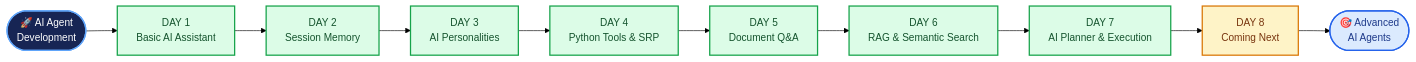
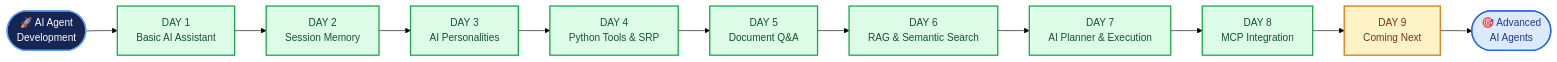
One commit to mdaamir6870/ai-agent-development changed the diagram in README.md. Above: the diagram before and after it, drawn with Mermaid (forest theme). The commit also changed other lines of this file and 5 other files, not shown here.

Commit message:
Add Day 8 MCP integration

````diff
--- a/README.md
+++ b/README.md
@@ -131,33 +156,35 @@
 ```mermaid
 flowchart LR
     START(["🚀 AI Agent<br/>Development"])
     D1["DAY 1<br/>Basic AI Assistant"]
     D2["DAY 2<br/>Session Memory"]
     D3["DAY 3<br/>AI Personalities"]
     D4["DAY 4<br/>Python Tools & SRP"]
     D5["DAY 5<br/>Document Q&A"]
     D6["DAY 6<br/>RAG & Semantic Search"]
     D7["DAY 7<br/>AI Planner & Execution"]
-    NEXT["DAY 8<br/>Coming Next"]
+    D8["DAY 8<br/>MCP Integration"]
+    NEXT["DAY 9<br/>Coming Next"]
     GOAL(["🎯 Advanced<br/>AI Agents"])
 
-    START --> D1 --> D2 --> D3 --> D4 --> D5 --> D6 --> D7 --> NEXT --> GOAL
+    START --> D1 --> D2 --> D3 --> D4 --> D5 --> D6 --> D7 --> D8 --> NEXT --> GOAL
 
     click D1 "./Day-1/README.md" "Explore Day 1"
     click D2 "./Day-2/README.md" "Explore Day 2"
     click D3 "./Day-3/README.md" "Explore Day 3"
     click D4 "./Day-4/README.md" "Explore Day 4"
     click D5 "./Day-5/README.md" "Explore Day 5"
     click D6 "./Day-6/README.md" "Explore Day 6"
     click D7 "./Day-7/README.md" "Explore Day 7"
+    click D8 "./Day-8/README.md" "Explore Day 8"
 
     classDef start fill:#172554,stroke:#60a5fa,color:#ffffff,stroke-width:2px
     classDef completed fill:#dcfce7,stroke:#16a34a,color:#14532d,stroke-width:2px
     classDef upcoming fill:#fef3c7,stroke:#d97706,color:#78350f,stroke-width:2px
     classDef future fill:#dbeafe,stroke:#2563eb,color:#1e3a8a,stroke-width:2px
 
     class START start
-    class D1,D2,D3,D4,D5,D6,D7 completed
+    class D1,D2,D3,D4,D5,D6,D7,D8 completed
     class NEXT upcoming
     class GOAL future
 ```
````
